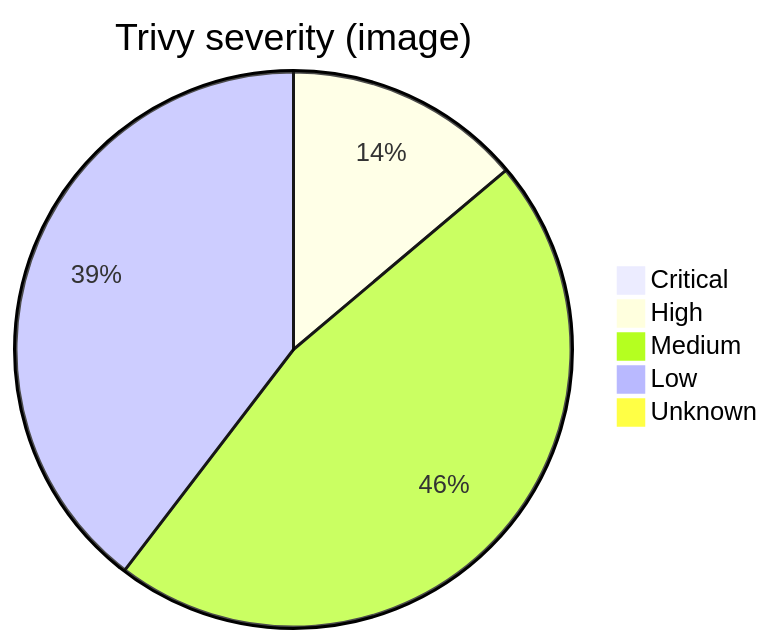
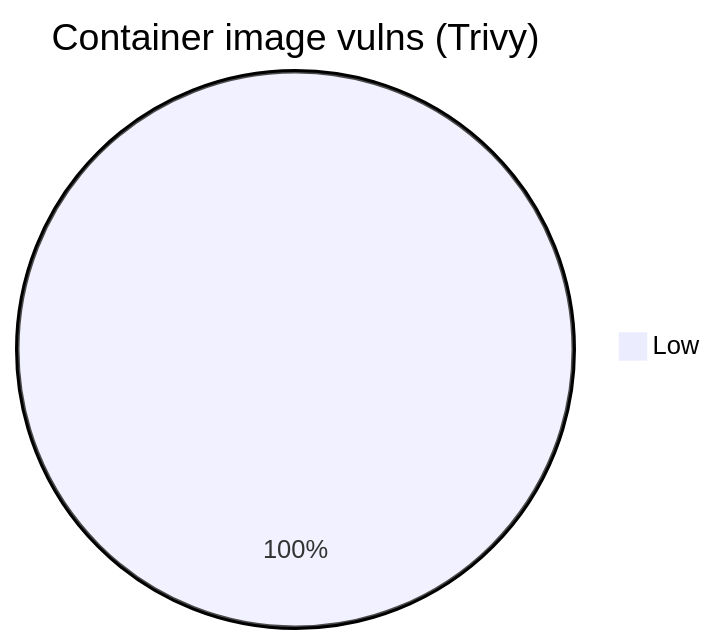
Before and after one commit to raph-rcn/devsecops-juice-shop: the first of 2 diagrams in README.md, drawn with Mermaid. The commit also changed other lines of this file and 1 other file, not shown here.

````diff
--- a/README.md
+++ b/README.md
@@ -12,8 +9,4 @@
 ```mermaid
-pie title Trivy severity (image)
-  "Critical" : 10
-  "High" : 150
-  "Medium" : 504
-  "Low" : 429
-  "Unknown" : 1
+pie title Container image vulns (Trivy)
+  "Low" : 1094
 ```
````
